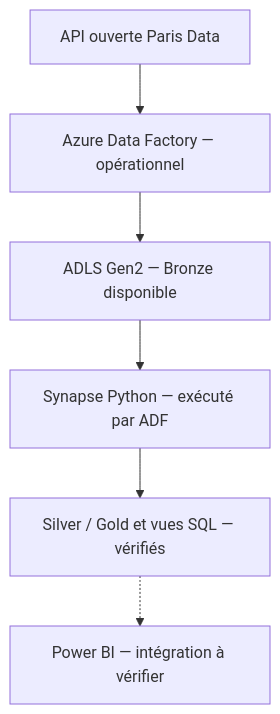
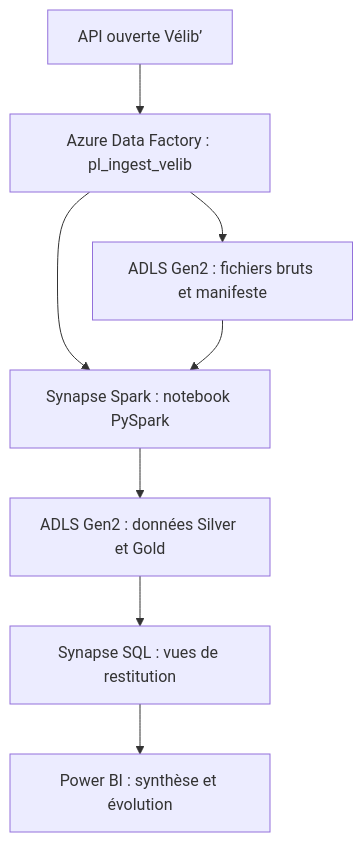
One commit to chifa376/azure-realtime-data-platform changed the diagram in README.md. Above: the diagram before and after it, drawn with Mermaid. The commit also changed other lines of this file, not shown here.

````diff
--- a/README.md
+++ b/README.md
@@ -31,8 +11,10 @@
 ```mermaid
 flowchart TD
-    API["API ouverte Paris Data"] --> ADF["Azure Data Factory — opérationnel"]
-    ADF --> B["ADLS Gen2 — Bronze disponible"]
-    B --> S["Synapse Python — exécuté par ADF"]
-    S --> G["Silver / Gold et vues SQL — vérifiés"]
-    G -.-> BI["Power BI — intégration à vérifier"]
+    API["API ouverte Vélib’"] --> ADF["Azure Data Factory : pl_ingest_velib"]
+    ADF --> BRONZE["ADLS Gen2 : fichiers bruts et manifeste"]
+    ADF --> SPARK["Synapse Spark : notebook PySpark"]
+    BRONZE --> SPARK
+    SPARK --> GOLD["ADLS Gen2 : données Silver et Gold"]
+    GOLD --> SQL["Synapse SQL : vues de restitution"]
+    SQL --> PBI["Power BI : synthèse et évolution"]
 ```
````
